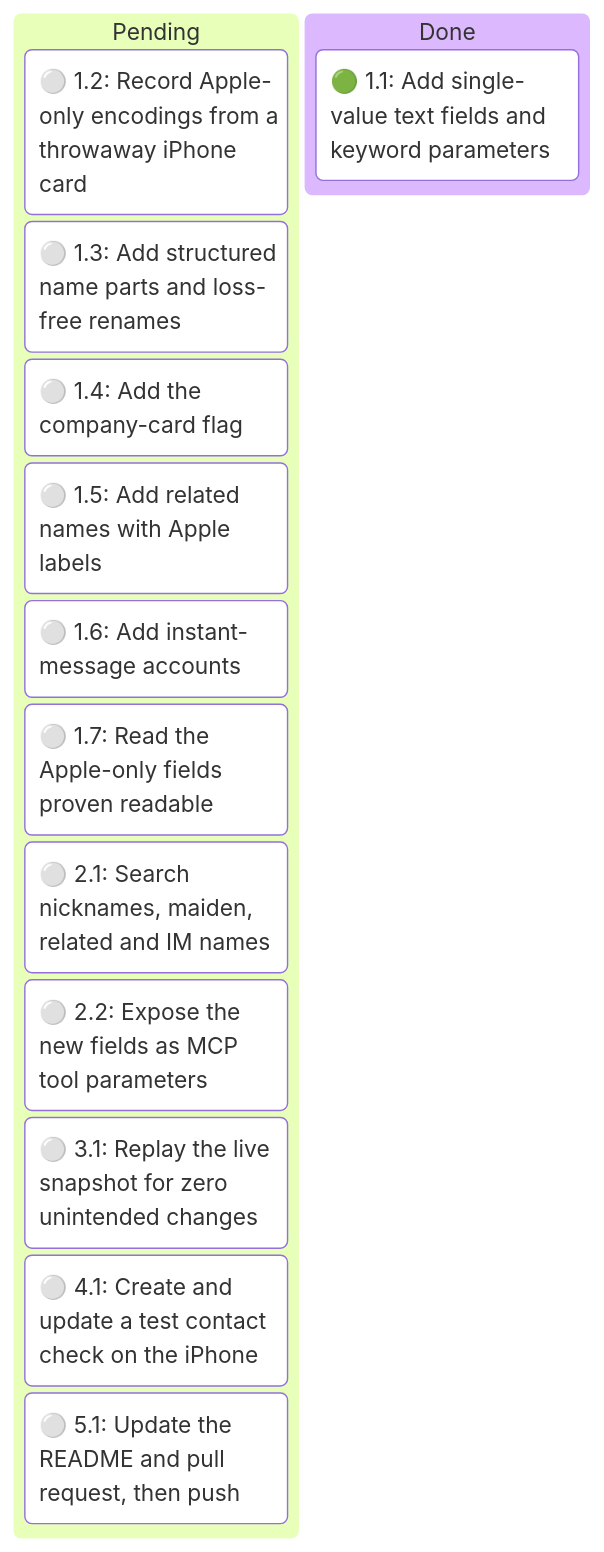
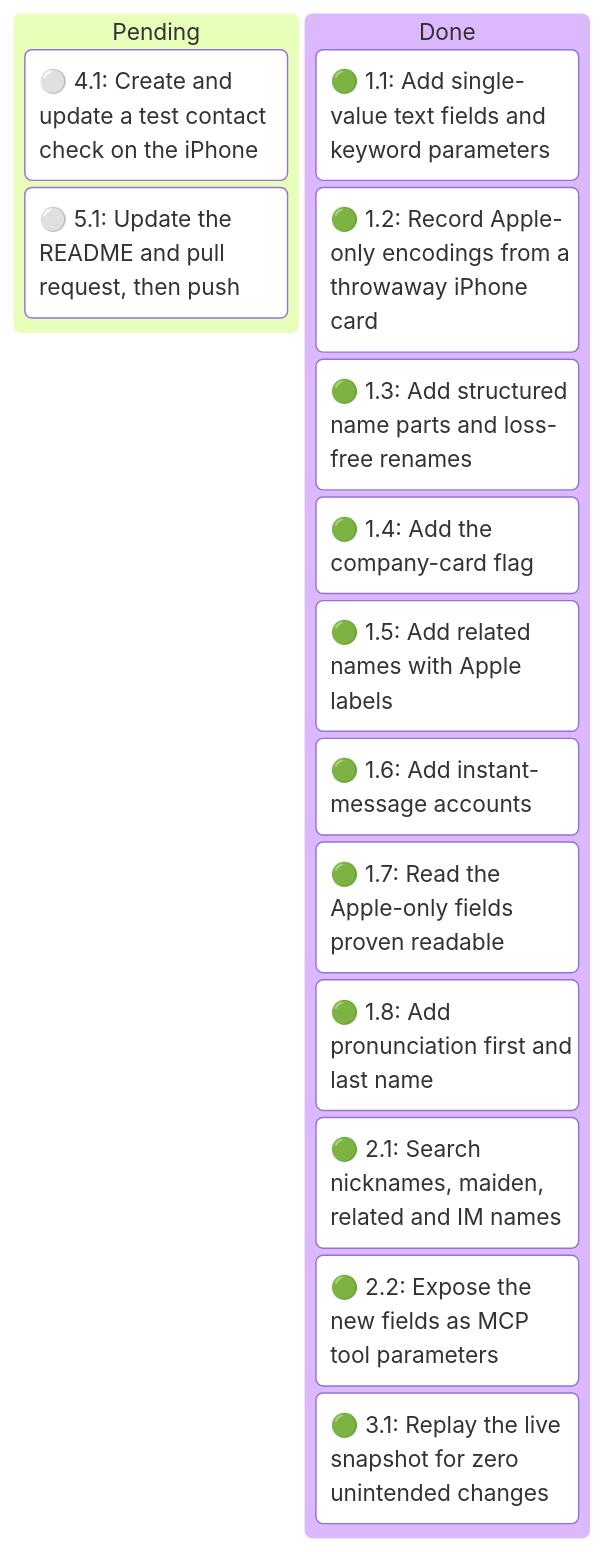
Before and after one commit to sohampatwardhan/icloud-mcp: the first of 2 diagrams in .specs/contact-fields-completion/05_execution.md, drawn with Mermaid. The commit also changed other lines of this file and 7 other files, not shown here.

Commit message:
spec: task 3.1 snapshot replay results; paused at checkpoint 4

````diff
--- a/.specs/contact-fields-completion/05_execution.md
+++ b/.specs/contact-fields-completion/05_execution.md
@@ -63,17 +63,18 @@
 ```mermaid
 kanban
   pending[Pending]
-    t_kanban_1_2[⚪ 1.2: Record Apple-only encodings from a throwaway iPhone card]
-    t_kanban_1_3[⚪ 1.3: Add structured name parts and loss-free renames]
-    t_kanban_1_4[⚪ 1.4: Add the company-card flag]
-    t_kanban_1_5[⚪ 1.5: Add related names with Apple labels]
-    t_kanban_1_6[⚪ 1.6: Add instant-message accounts]
-    t_kanban_1_7[⚪ 1.7: Read the Apple-only fields proven readable]
-    t_kanban_2_1[⚪ 2.1: Search nicknames, maiden, related and IM names]
-    t_kanban_2_2[⚪ 2.2: Expose the new fields as MCP tool parameters]
-    t_kanban_3_1[⚪ 3.1: Replay the live snapshot for zero unintended changes]
     t_kanban_4_1[⚪ 4.1: Create and update a test contact check on the iPhone]
     t_kanban_5_1[⚪ 5.1: Update the README and pull request, then push]
   done[Done]
     t_kanban_1_1[🟢 1.1: Add single-value text fields and keyword parameters]
+    t_kanban_1_2[🟢 1.2: Record Apple-only encodings from a throwaway iPhone card]
+    t_kanban_1_3[🟢 1.3: Add structured name parts and loss-free renames]
+    t_kanban_1_4[🟢 1.4: Add the company-card flag]
+    t_kanban_1_5[🟢 1.5: Add related names with Apple labels]
+    t_kanban_1_6[🟢 1.6: Add instant-message accounts]
+    t_kanban_1_7[🟢 1.7: Read the Apple-only fields proven readable]
+    t_kanban_1_8[🟢 1.8: Add pronunciation first and last name]
+    t_kanban_2_1[🟢 2.1: Search nicknames, maiden, related and IM names]
+    t_kanban_2_2[🟢 2.2: Expose the new fields as MCP tool parameters]
+    t_kanban_3_1[🟢 3.1: Replay the live snapshot for zero unintended changes]
 ```
````
